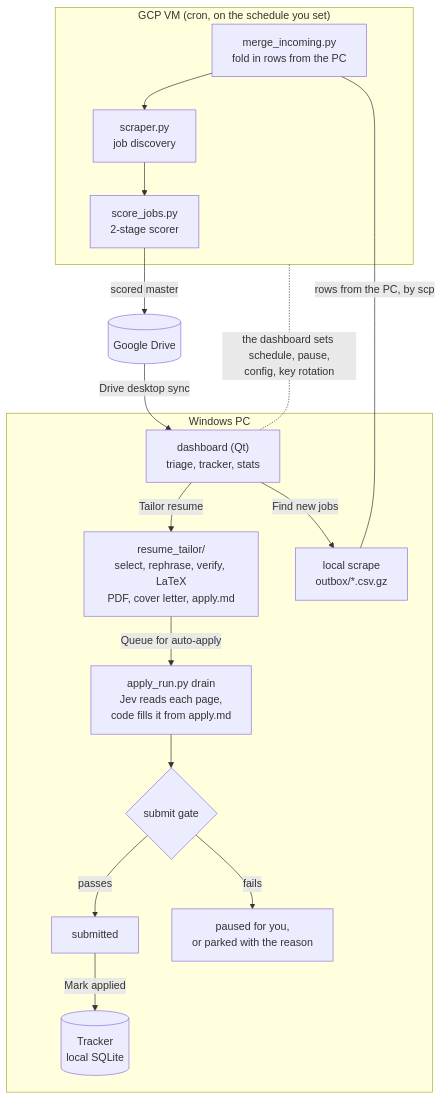
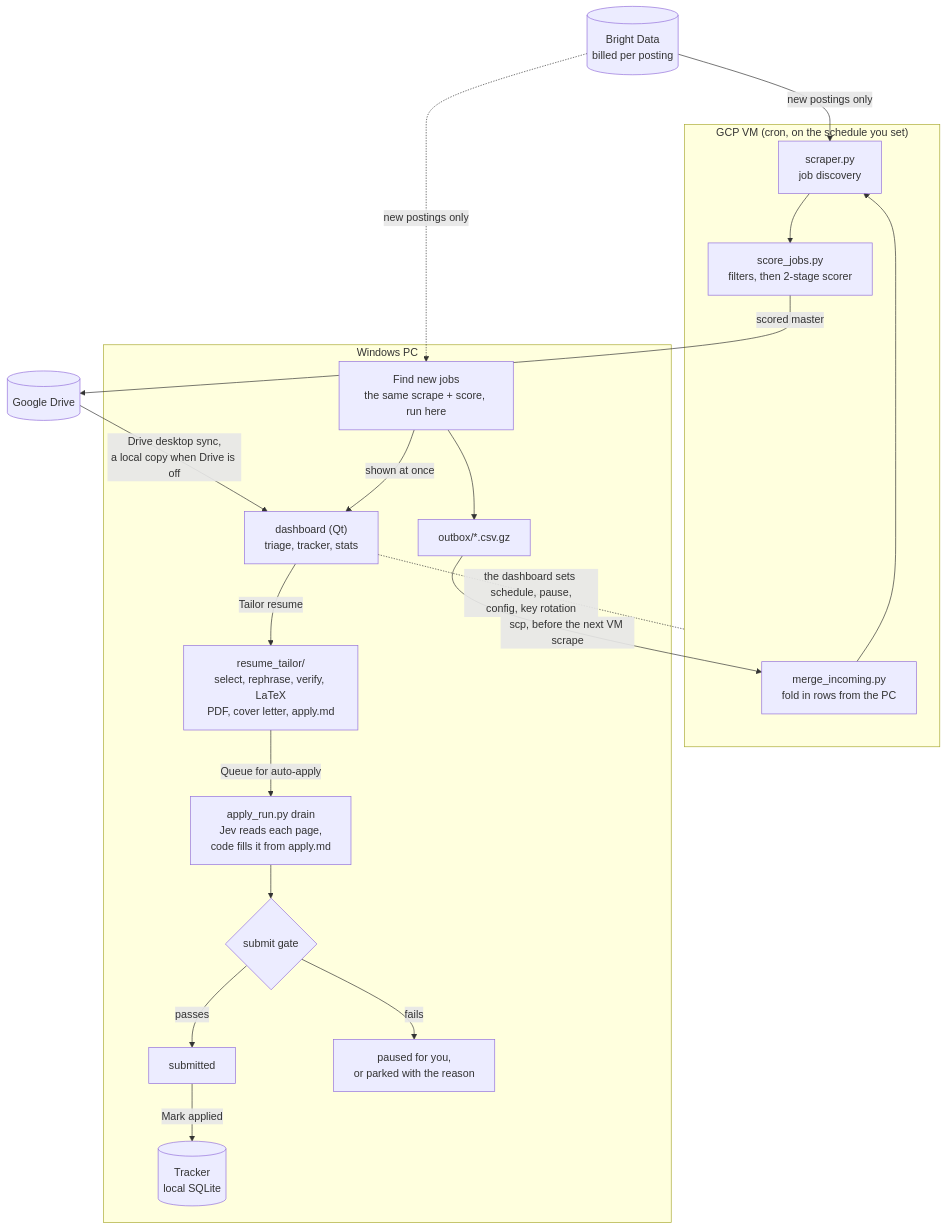
Before and after one commit to yib7/INployed: the first of 3 diagrams in README.md, drawn with Mermaid. The commit also changed other lines of this file and 3 other files, not shown here.

````diff
--- a/README.md
+++ b/README.md
@@ -57,19 +58,23 @@
 ```mermaid
 flowchart TD
+    BD[("Bright Data<br/>billed per posting")]
     subgraph Cloud["GCP VM (cron, on the schedule you set)"]
-        M["merge_incoming.py<br/>fold in rows from the PC"] --> A["scraper.py<br/>job discovery"] --> B["score_jobs.py<br/>2-stage scorer"]
+        M["merge_incoming.py<br/>fold in rows from the PC"] --> A["scraper.py<br/>job discovery"] --> B["score_jobs.py<br/>filters, then 2-stage scorer"]
     end
+    BD -->|new postings only| A
     B -->|scored master| C[("Google Drive")]
-    C -->|Drive desktop sync| E
+    C -->|Drive desktop sync,<br/>a local copy when Drive is off| E
     subgraph Desktop["Windows PC"]
+        L["Find new jobs<br/>the same scrape + score, run here"] -->|shown at once| E
         E["dashboard (Qt)<br/>triage, tracker, stats"] -->|Tailor resume| F["resume_tailor/<br/>select, rephrase, verify, LaTeX<br/>PDF, cover letter, apply.md"]
         F -->|Queue for auto-apply| R["apply_run.py drain<br/>Jev reads each page,<br/>code fills it from apply.md"]
         R --> G{"submit gate"}
         G -->|passes| S["submitted"]
         G -->|fails| K["paused for you,<br/>or parked with the reason"]
         S -->|Mark applied| T[("Tracker<br/>local SQLite")]
-        E -->|Find new jobs| L["local scrape<br/>outbox/*.csv.gz"]
+        L --> O["outbox/*.csv.gz"]
     end
-    M ---|rows from the PC, by scp| L
-    Cloud -.-|the dashboard sets schedule, pause,<br/>config, key rotation| E
+    BD -.->|new postings only| L
+    O -->|scp, before the next VM scrape| M
+    E -.-|the dashboard sets schedule, pause,<br/>config, key rotation| Cloud
 ```
````
